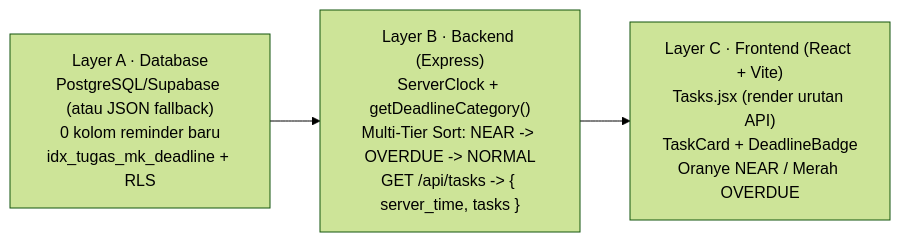
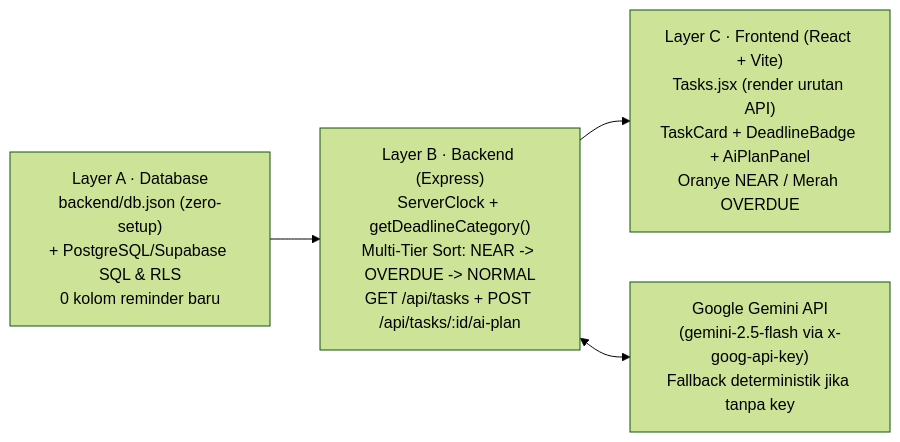
Before and after one commit to zuhdiarif/studytrack-arkavidia11: the diagram in README.md, drawn with Mermaid (forest theme). The commit also changed other lines of this file and 3 other files, not shown here.

````diff
--- a/README.md
+++ b/README.md
@@ -36,8 +41,10 @@
 ```mermaid
 flowchart LR
-  DB["Layer A · Database\nPostgreSQL/Supabase (atau JSON fallback)\n0 kolom reminder baru\nidx_tugas_mk_deadline + RLS"]
-  BE["Layer B · Backend (Express)\nServerClock + getDeadlineCategory()\nMulti-Tier Sort: NEAR -> OVERDUE -> NORMAL\nGET /api/tasks -> { server_time, tasks }"]
-  FE["Layer C · Frontend (React + Vite)\nTasks.jsx (render urutan API)\nTaskCard + DeadlineBadge\nOranye NEAR / Merah OVERDUE"]
+  DB["Layer A · Database\nbackend/db.json (zero-setup)\n+ PostgreSQL/Supabase SQL & RLS\n0 kolom reminder baru"]
+  BE["Layer B · Backend (Express)\nServerClock + getDeadlineCategory()\nMulti-Tier Sort: NEAR -> OVERDUE -> NORMAL\nGET /api/tasks + POST /api/tasks/:id/ai-plan"]
+  AI["Google Gemini API\n(gemini-2.5-flash via x-goog-api-key)\nFallback deterministik jika tanpa key"]
+  FE["Layer C · Frontend (React + Vite)\nTasks.jsx (render urutan API)\nTaskCard + DeadlineBadge + AiPlanPanel\nOranye NEAR / Merah OVERDUE"]
 
   DB --> BE --> FE
+  BE <--> AI
 ```
````
